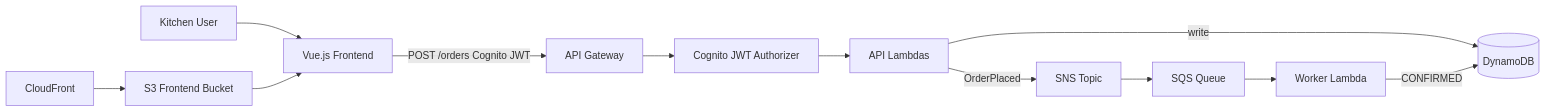
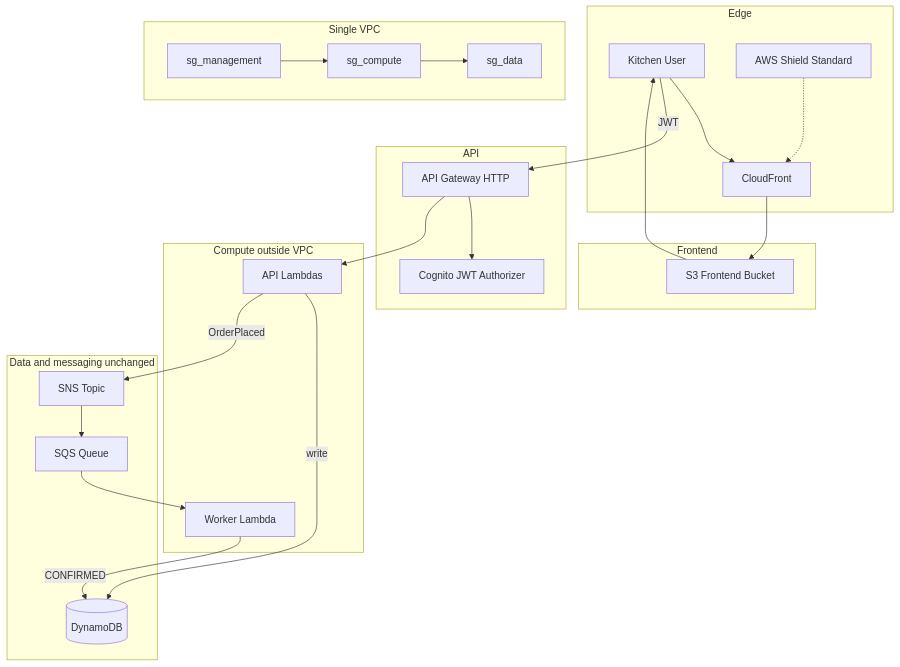
Before and after one commit to gindriliunas/food-ordering: the first of 2 diagrams in README.md, drawn with Mermaid. The commit also changed other lines of this file and 11 other files, not shown here.

````diff
--- a/README.md
+++ b/README.md
@@ -7,14 +7,48 @@
 ```mermaid
-flowchart LR
-    User[Kitchen User] --> Vue[Vue.js Frontend]
-    Vue -->|"POST /orders Cognito JWT"| APIGW[API Gateway]
-    APIGW --> Auth[Cognito JWT Authorizer]
-    Auth --> ApiLambda[API Lambdas]
-    ApiLambda -->|write| DDB[(DynamoDB)]
-    ApiLambda -->|OrderPlaced| SNS[SNS Topic]
-    SNS --> SQS[SQS Queue]
-    SQS --> Worker[Worker Lambda]
-    Worker -->|CONFIRMED| DDB
-    CloudFront[CloudFront] --> S3[S3 Frontend Bucket]
-    S3 --> Vue
+flowchart TB
+    subgraph edge [Edge]
+        User[Kitchen User]
+        CF[CloudFront]
+        Shield[AWS Shield Standard]
+        User --> CF
+        Shield -.-> CF
+    end
+
+    subgraph frontend [Frontend]
+        S3[S3 Frontend Bucket]
+        CF --> S3
+        S3 --> User
+    end
+
+    subgraph api [API]
+        APIGW[API Gateway HTTP]
+        Cognito[Cognito JWT Authorizer]
+        User -->|JWT| APIGW
+        APIGW --> Cognito
+    end
+
+    subgraph compute [Compute outside VPC]
+        ApiLambda[API Lambdas]
+        WorkerLambda[Worker Lambda]
+        APIGW --> ApiLambda
+    end
+
+    subgraph vpc [Single VPC]
+        SG_Mgmt[sg_management]
+        SG_Compute[sg_compute]
+        SG_Data[sg_data]
+        SG_Mgmt --> SG_Compute
+        SG_Compute --> SG_Data
+    end
+
+    subgraph data [Data and messaging unchanged]
+        DDB[(DynamoDB)]
+        SNS[SNS Topic]
+        SQS[SQS Queue]
+        ApiLambda -->|write| DDB
+        ApiLambda -->|OrderPlaced| SNS
+        SNS --> SQS
+        SQS --> WorkerLambda
+        WorkerLambda -->|CONFIRMED| DDB
+    end
 ```
````
